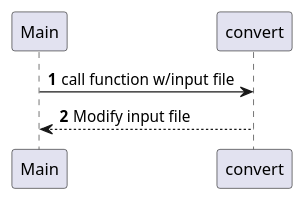
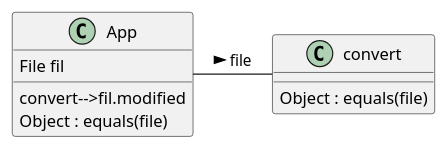
The diagram in src/main/java/org/example/ex42/Diagram2.puml (Chrissy-buzz/PersaudC-COP3330-Assignment3), drawn with PlantUML before and after one commit. The commit also changed 5 other files, not shown here.

```diff
--- a/src/main/java/org/example/ex42/Diagram2.puml
+++ b/src/main/java/org/example/ex42/Diagram2.puml
@@ -1,9 +2,14 @@
 @startuml
-'https://plantuml.com/sequence-diagram
+class App {
+  {field} File fil
+  {method} convert-->fil.modified
+  Object : equals(file)
 
-autonumber
-
-Main -> convert: call function w/input file
-convert --> Main: Modify input file
+}
+class convert{
+  Object : equals(file)
+}
+class App
+App - convert : file >
 
 @enduml
```
